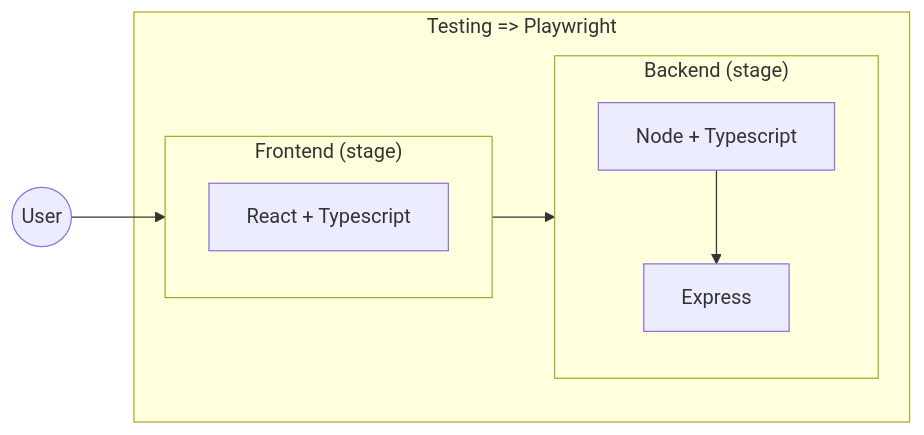
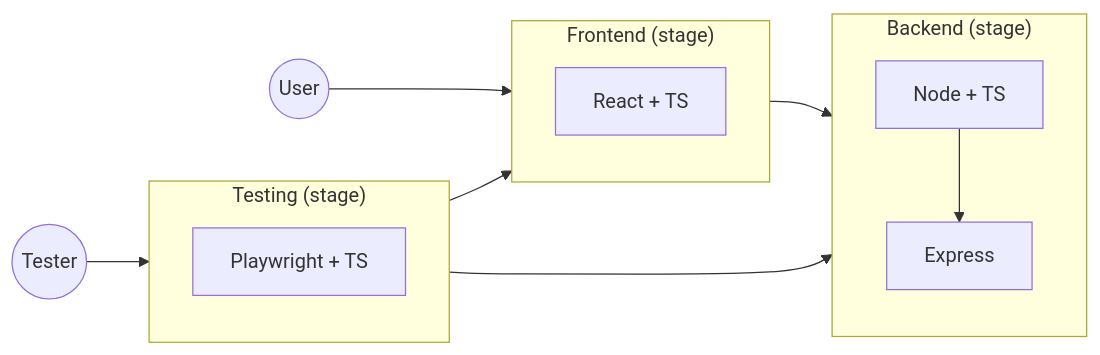
Before and after one commit to OfficialApurvChatur/POC02-ExpressSetup: the third of 3 diagrams in Readme.md, drawn with Mermaid. The commit also changed other lines of this file and 11 other files, not shown here.

Commit message:
002: playwright connection created (testing)

````diff
--- a/Readme.md
+++ b/Readme.md
@@ -41,18 +41,23 @@
 ```mermaid
   flowchart LR
     User(("User"))
+    Tester(("Tester"))
 
-    subgraph Testing["Testing => Playwright"]
+      subgraph Testing["Testing (stage)"]
+        Playwright["Playwright + TS"]
+      end
       subgraph Frontend["Frontend (stage)"]
-        React["React + Typescript"]
+        React["React + TS"]
       end
       subgraph Backend["Backend (stage)"]
-        Node["Node + Typescript"]
+        Node["Node + TS"]
         Express["Express"]
       end
-    end
 
     User --> Frontend
     Frontend --> Backend
+    Tester --> Testing
+    Testing --> Backend
+    Testing --> Frontend
     Node --> Express
 ```
````
